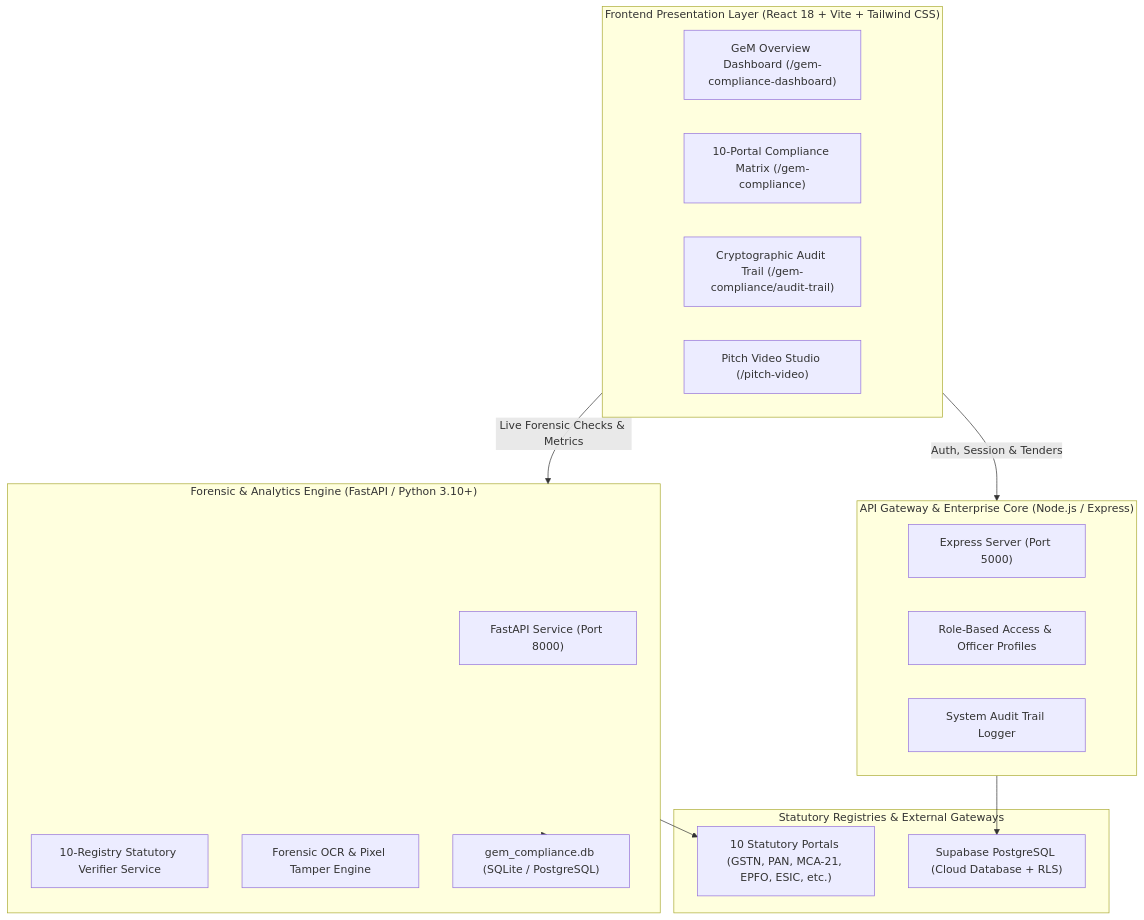
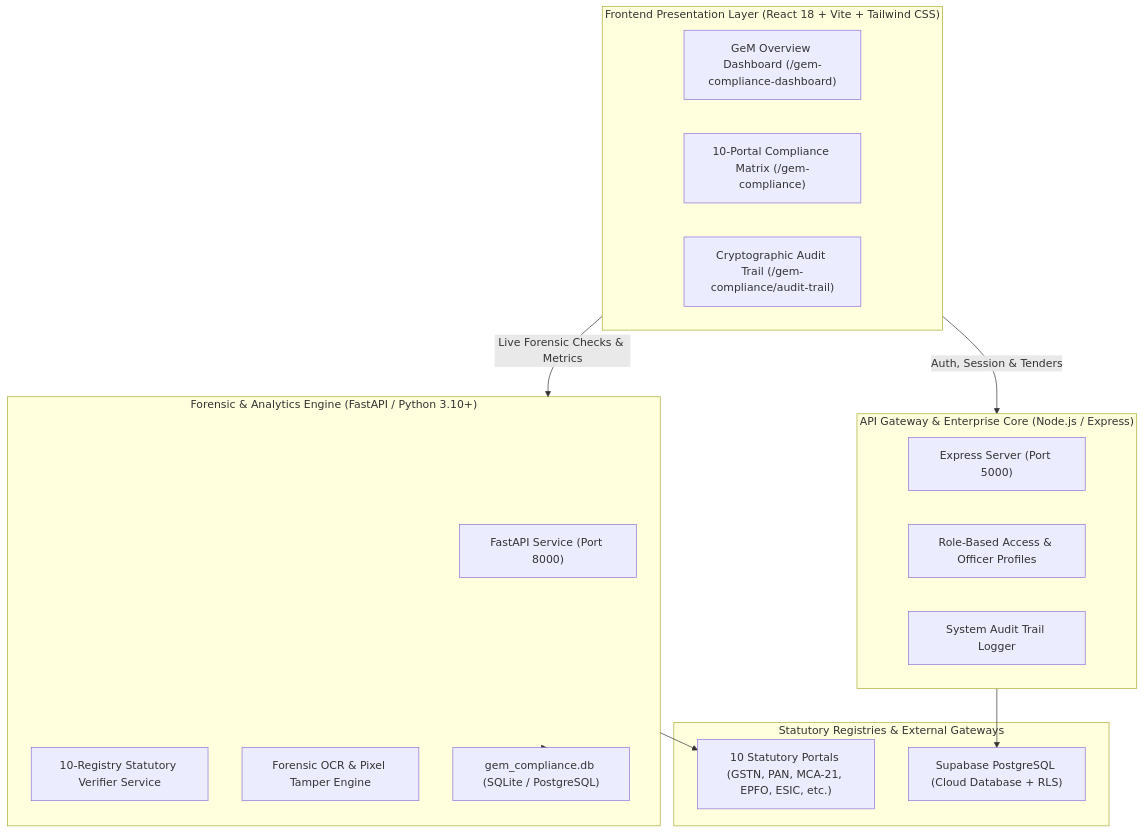
Before and after one commit to anuj2006-tech/GemAudit: the diagram in README.md, drawn with Mermaid. The commit also changed other lines of this file and 5 other files, not shown here.

````diff
--- a/README.md
+++ b/README.md
@@ -47,33 +45,32 @@
 ```mermaid
 graph TB
     subgraph ClientLayer ["Frontend Presentation Layer (React 18 + Vite + Tailwind CSS)"]
         UI_Dash["GeM Overview Dashboard (/gem-compliance-dashboard)"]
         UI_Matrix["10-Portal Compliance Matrix (/gem-compliance)"]
         UI_Audit["Cryptographic Audit Trail (/gem-compliance/audit-trail)"]
-        UI_Studio["Pitch Video Studio (/pitch-video)"]
     end
 
     subgraph FastAPIEngine ["Forensic & Analytics Engine (FastAPI / Python 3.10+)"]
         FastAPI_App["FastAPI Service (Port 8000)"]
         StatutoryVerifier["10-Registry Statutory Verifier Service"]
         OCR_Analyzer["Forensic OCR & Pixel Tamper Engine"]
         LocalCache["gem_compliance.db (SQLite / PostgreSQL)"]
     end
 
     subgraph NodeGateway ["API Gateway & Enterprise Core (Node.js / Express)"]
         Node_Server["Express Server (Port 5000)"]
         AuthService["Role-Based Access & Officer Profiles"]
         AuditLogger["System Audit Trail Logger"]
     end
 
     subgraph CloudLayer ["Statutory Registries & External Gateways"]
         GovAPIs["10 Statutory Portals (GSTN, PAN, MCA-21, EPFO, ESIC, etc.)"]
         SupabaseDB["Supabase PostgreSQL (Cloud Database + RLS)"]
     end
 
     ClientLayer -->|Live Forensic Checks & Metrics| FastAPIEngine
     ClientLayer -->|Auth, Session & Tenders| NodeGateway
     FastAPIEngine --> GovAPIs
     FastAPIEngine --> LocalCache
     NodeGateway --> SupabaseDB
 ```
````
